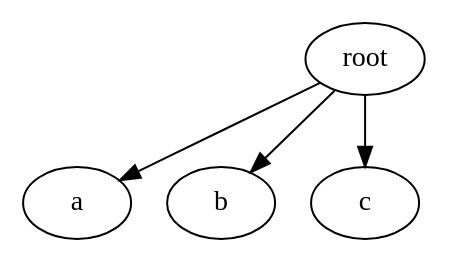
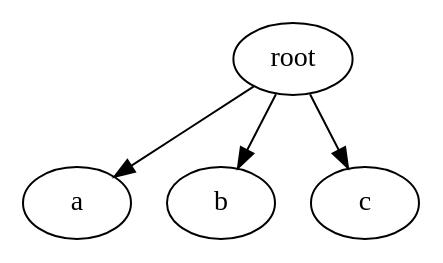
Diagram 15 of 15 in other/graphviz/tips.md (sisyphus1212/note), drawn with Graphviz before and after one commit.

Commit message:
auto_update

````diff
--- a/other/graphviz/tips.md
+++ b/other/graphviz/tips.md
@@ -304,7 +304,7 @@
 ```graphviz
 digraph {
   root -> a
-  root -> b [weight=210]
-  root -> c [weight=300]
+  root -> b [weight=2]
+  root -> c [weight=3]
 }
 ```
````
